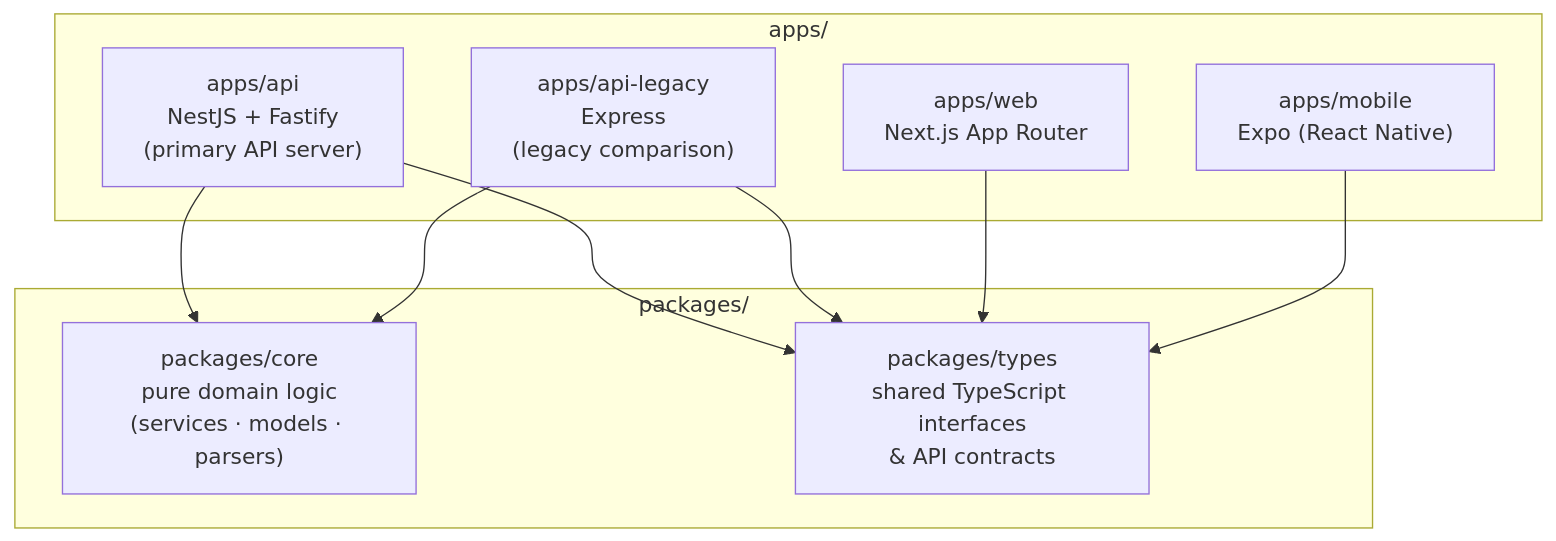
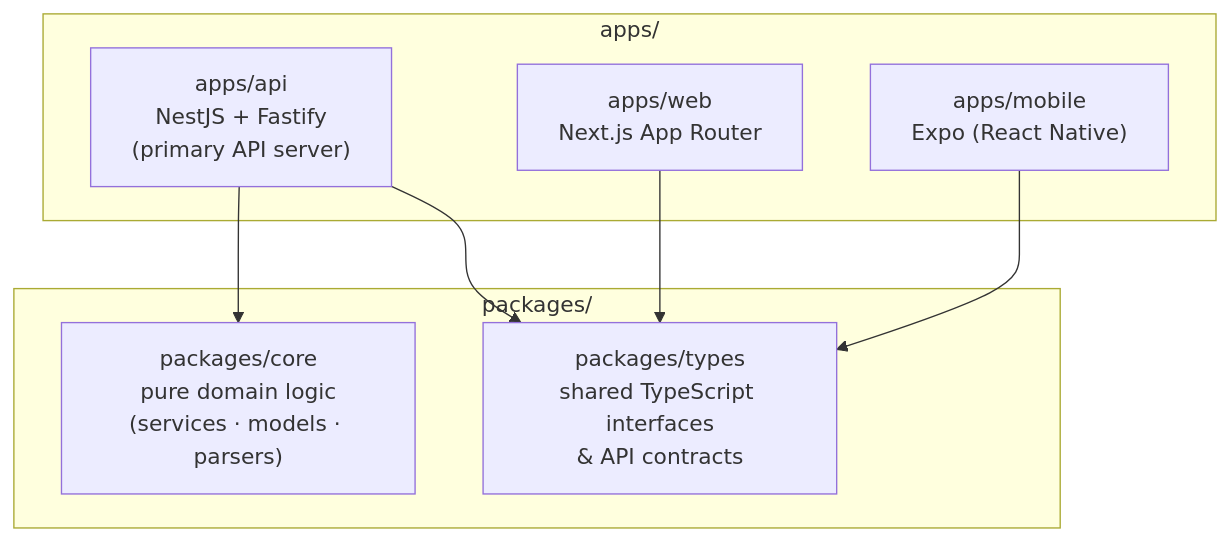
Before and after one commit to brownm09/lifting-logbook: the diagram in docs/diagrams/package-dependencies.md, drawn with Mermaid. The commit also changed 29 other files, not shown here.

First line of the commit message:
[chore] Architecture-review quick wins: delete api-legacy + lint/CI/security hardening (#471)

````diff
--- a/docs/diagrams/package-dependencies.md
+++ b/docs/diagrams/package-dependencies.md
@@ -7,21 +7,18 @@
 ```mermaid
 graph TB
     subgraph packages["packages/"]
         Core["packages/core\npure domain logic\n(services · models · parsers)"]
         Types["packages/types\nshared TypeScript interfaces\n& API contracts"]
     end
 
     subgraph apps["apps/"]
         API["apps/api\nNestJS + Fastify\n(primary API server)"]
-        APILegacy["apps/api-legacy\nExpress\n(legacy comparison)"]
         Web["apps/web\nNext.js App Router"]
         Mobile["apps/mobile\nExpo (React Native)"]
     end
 
     API --> Core
     API --> Types
-    APILegacy --> Core
-    APILegacy --> Types
     Web --> Types
     Mobile --> Types
 ```
````
